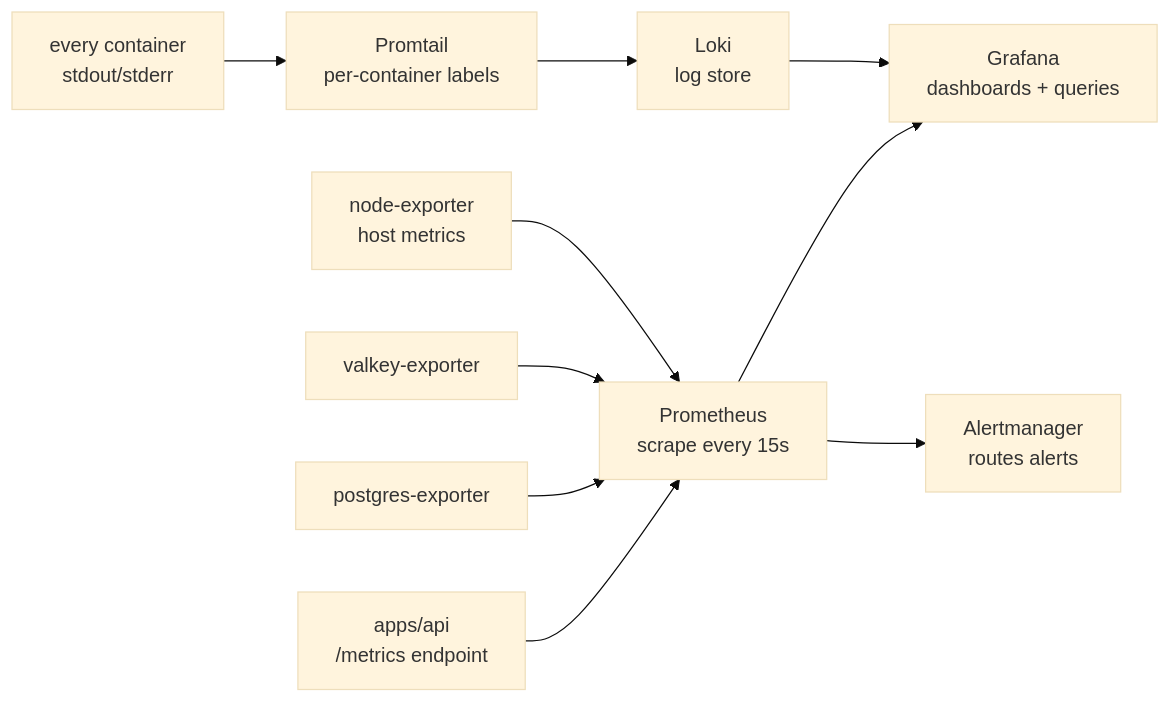
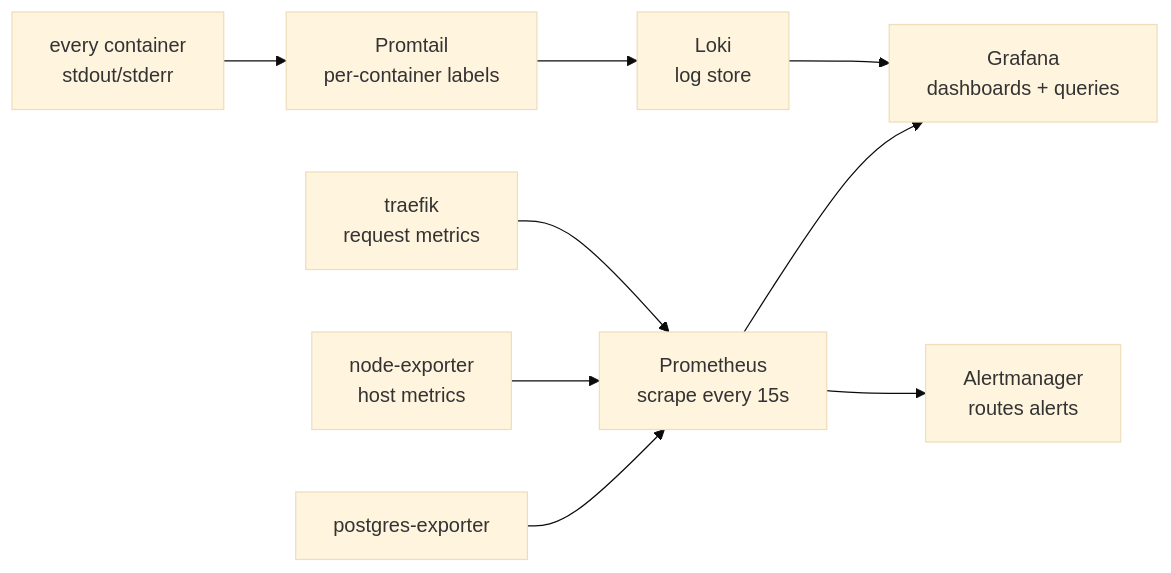
Before and after one commit to boringstack-xyz/boringstack: the diagram in apps/docs/src/content/docs/topics/observability.mdx, drawn with Mermaid (base theme). The commit also changed other lines of this file and 14 other files, not shown here.

````diff
--- a/apps/docs/src/content/docs/topics/observability.mdx
+++ b/apps/docs/src/content/docs/topics/observability.mdx
@@ -33,21 +34,19 @@
 ```mermaid
 flowchart LR
-  api["apps/api<br/>/metrics endpoint"]
   pg["postgres-exporter"]
-  valkey_exp["valkey-exporter"]
   node["node-exporter<br/>host metrics"]
+  traefik["traefik<br/>request metrics"]
   prom["Prometheus<br/>scrape every 15s"]
   containers["every container<br/>stdout/stderr"]
   promtail["Promtail<br/>per-container labels"]
   loki["Loki<br/>log store"]
   grafana["Grafana<br/>dashboards + queries"]
   alert["Alertmanager<br/>routes alerts"]
-  api --> prom
   pg --> prom
-  valkey_exp --> prom
   node --> prom
+  traefik --> prom
   containers --> promtail --> loki
   prom --> grafana
   loki --> grafana
   prom --> alert
 ```
````
